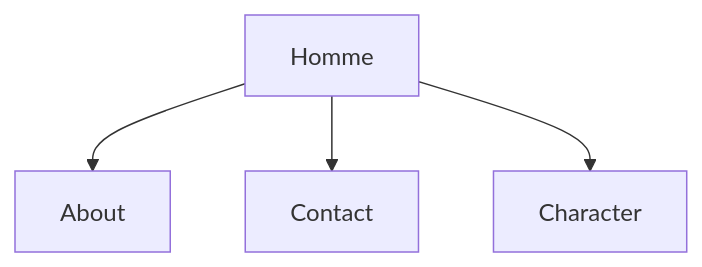
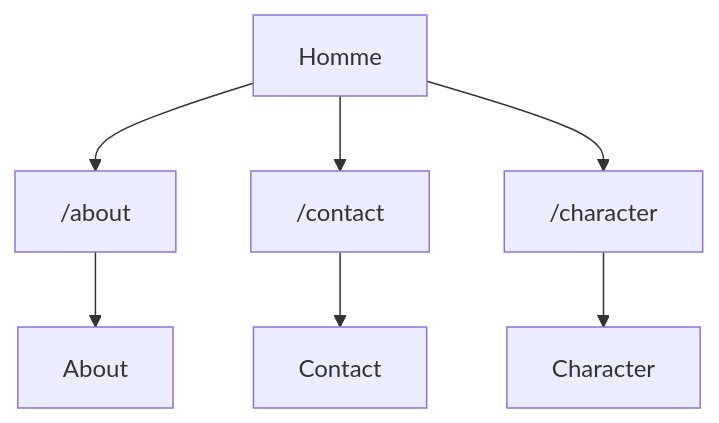
Before and after one commit to frouss15/marvel-app: the diagram in README.md, drawn with Mermaid.

````diff
--- a/README.md
+++ b/README.md
@@ -39,6 +39,6 @@
 ```mermaid
   graph TD;
-    Homme-->About;
-    Homme-->Contact;
-    Homme-->Character;
+    Homme-->/about-->About;
+    Homme-->/contact-->Contact;
+    Homme-->/character-->Character;
 ```
````
